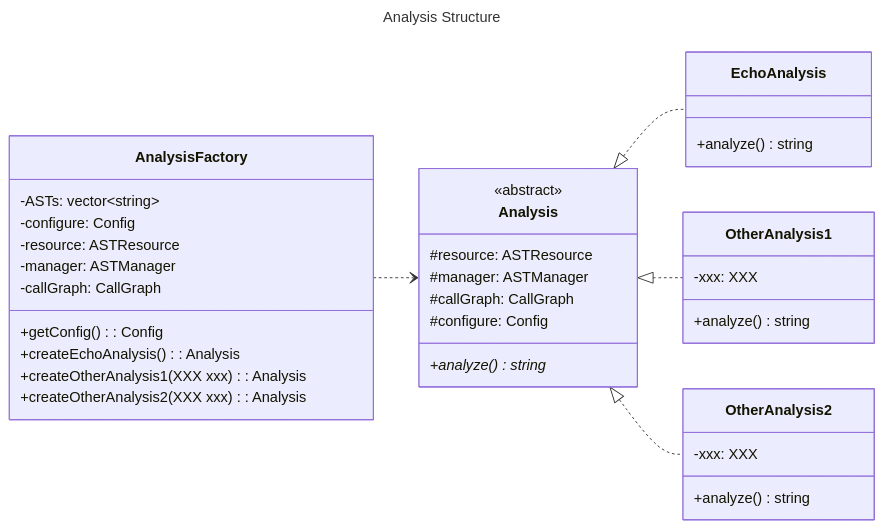
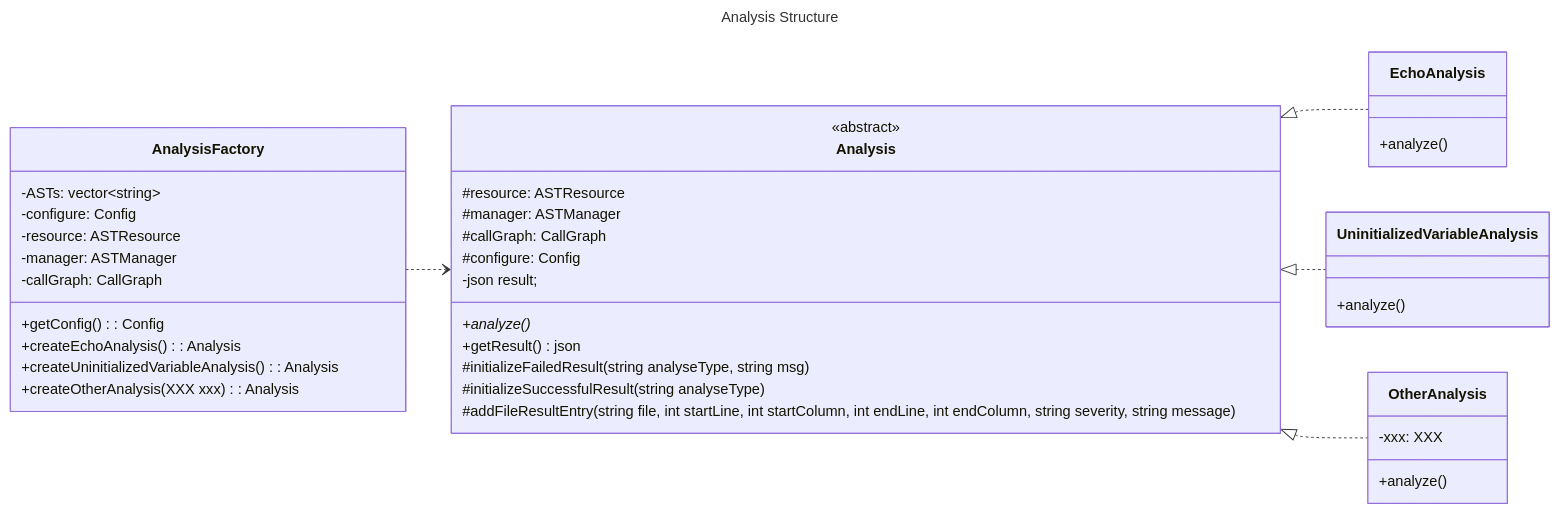
The diagram in docs/GUIDELINE.md (StaticAnalyzer/StaticAnalyzer-Algorithm), drawn with Mermaid before and after one commit. The commit also changed other lines of this file and 1 other file, not shown here.

````diff
--- a/docs/GUIDELINE.md
+++ b/docs/GUIDELINE.md
@@ -107,48 +137,52 @@
 ```mermaid
 ---
 title: Analysis Structure
 ---
 classDiagram
 
 direction LR
 
 class AnalysisFactory {
 	-ASTs: vector~string~
 	-configure: Config
 	-resource: ASTResource
     -manager: ASTManager
     -callGraph: CallGraph
     +getConfig(): Config
     +createEchoAnalysis(): Analysis
-    +createOtherAnalysis1(XXX xxx): Analysis
-    +createOtherAnalysis2(XXX xxx): Analysis
+    +createUninitializedVariableAnalysis(): Analysis
+    +createOtherAnalysis(XXX xxx): Analysis
 }
 
 class Analysis {
     <<abstract>>
     #resource: ASTResource
     #manager: ASTManager
     #callGraph: CallGraph
     #configure: Config
-    +analyze()* string 
+    -json result;
+    +analyze()*
+    +getResult() json
+    #initializeFailedResult(string analyseType, string msg)
+    #initializeSuccessfulResult(string analyseType)
+    #addFileResultEntry(string file, int startLine, int startColumn, int endLine, int endColumn, string severity, string message)
 }
 
 class EchoAnalysis {
-	+analyze() string 
+	+analyze()
 }
 
-class OtherAnalysis1 {
-	-xxx: XXX
-	+analyze() string 
+class UninitializedVariableAnalysis {
+	+analyze()
 }
 
-class OtherAnalysis2 {
+class OtherAnalysis {
 	-xxx: XXX
-	+analyze() string 
+	+analyze()
 }
 
 AnalysisFactory ..> Analysis
 Analysis <|.. EchoAnalysis
-Analysis <|.. OtherAnalysis1
-Analysis <|.. OtherAnalysis2
+Analysis <|.. UninitializedVariableAnalysis
+Analysis <|.. OtherAnalysis
 ```
````
